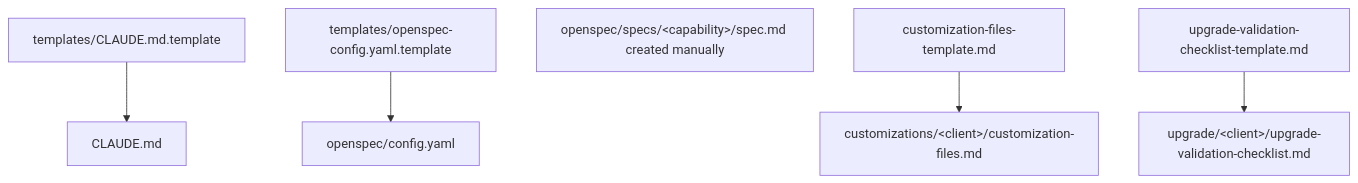
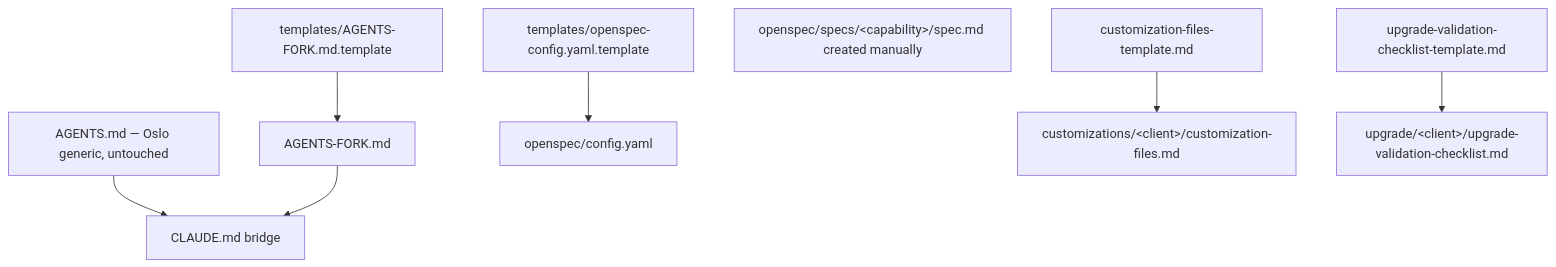
One commit to EyeSeeTea/dhis2-android-capture-app changed the second of 6 diagrams in eyeseetea-docs/README.md. Above: the diagram before and after it, drawn with Mermaid. The commit also changed other lines of this file and 3 other files, not shown here.

First line of the commit message:
docs: split CLAUDE.md fork identity into AGENTS-FORK.md

````diff
--- a/eyeseetea-docs/README.md
+++ b/eyeseetea-docs/README.md
@@ -60,8 +60,10 @@
 ```mermaid
 flowchart TD
-    claudeTemplate[templates/CLAUDE.md.template] --> claudeMd[CLAUDE.md]
+    agentsForkTemplate[templates/AGENTS-FORK.md.template] --> agentsFork[AGENTS-FORK.md]
+    agentsOslo[AGENTS.md — Oslo generic, untouched] --> claudeMd[CLAUDE.md bridge]
+    agentsFork --> claudeMd
     openspecTemplate[templates/openspec-config.yaml.template] --> openspecConfig[openspec/config.yaml]
     clientSpecs[openspec/specs/&lt;capability&gt;/spec.md created manually]
     templateFiles[customization-files-template.md] --> clientFiles[customizations/&lt;client&gt;/customization-files.md]
     templateChecklist[upgrade-validation-checklist-template.md] --> clientChecklist[upgrade/&lt;client&gt;/upgrade-validation-checklist.md]
 ```
````
